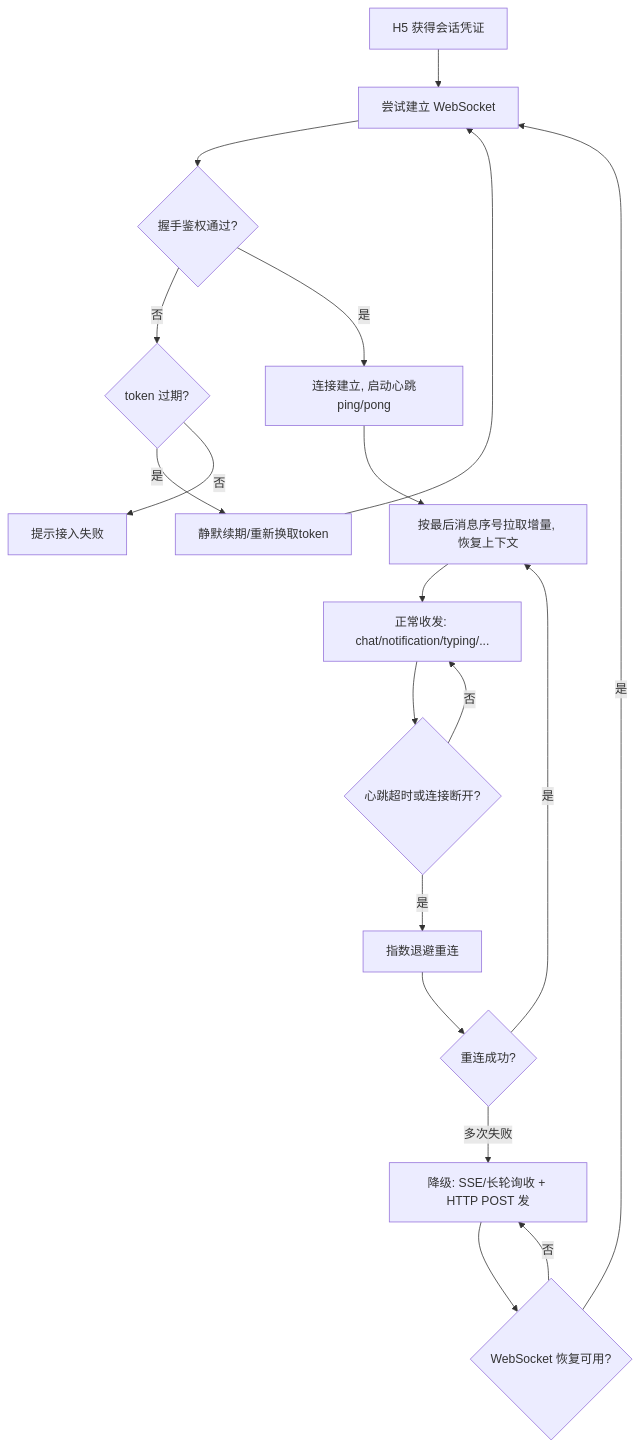
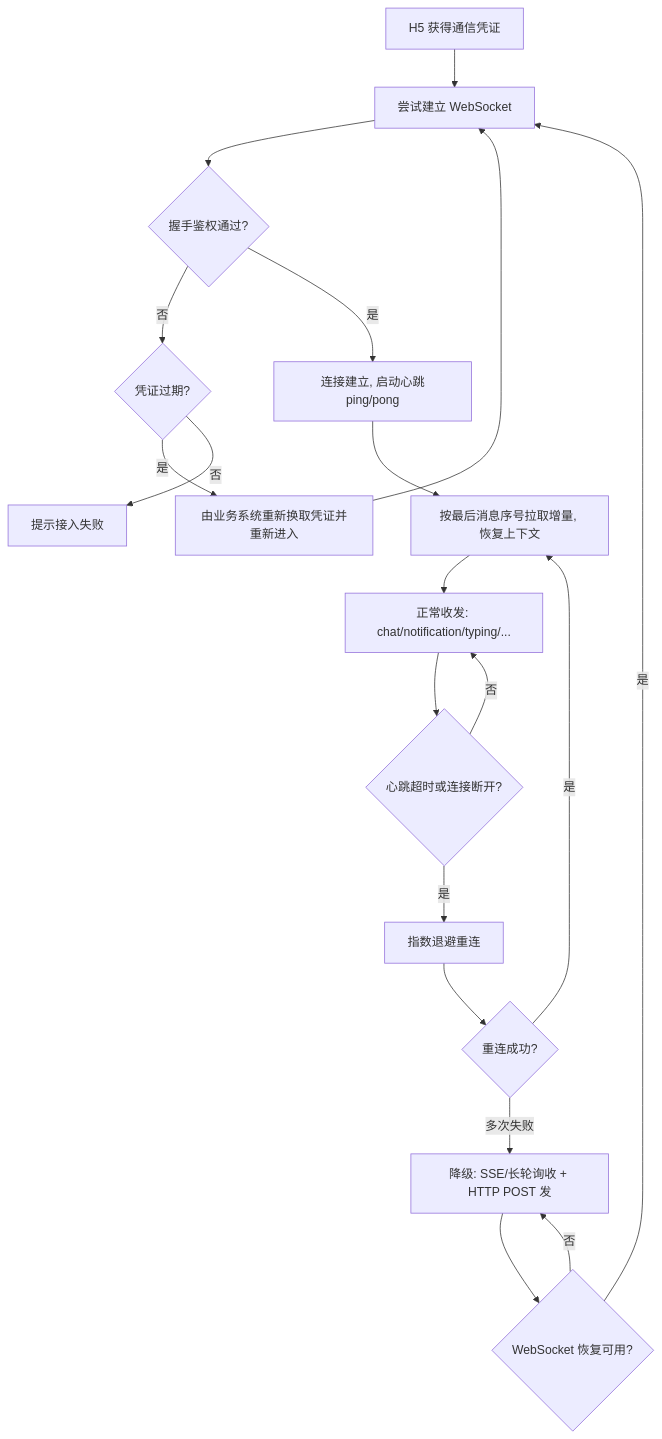
Before and after one commit to lxw13000/csm: the fourth of 4 diagrams in xuqiu.md, drawn with Mermaid. The commit also changed other lines of this file and 32 other files, not shown here.

````diff
--- a/xuqiu.md
+++ b/xuqiu.md
@@ -346,20 +335,20 @@
 ```mermaid
 flowchart TD
-    A[H5 获得会话凭证] --> B[尝试建立 WebSocket]
+    A[H5 获得通信凭证] --> B[尝试建立 WebSocket]
     B --> C{握手鉴权通过?}
-    C -- 否 --> D{token 过期?}
-    D -- 是 --> E[静默续期/重新换取token] --> B
+    C -- 否 --> D{凭证过期?}
+    D -- 是 --> E[由业务系统重新换取凭证并重新进入] --> B
     D -- 否 --> X[提示接入失败]
     C -- 是 --> F[连接建立, 启动心跳ping/pong]
     F --> G[按最后消息序号拉取增量, 恢复上下文]
     G --> H[正常收发: chat/notification/typing/...]
     H --> I{心跳超时或连接断开?}
     I -- 否 --> H
     I -- 是 --> J[指数退避重连]
     J --> K{重连成功?}
     K -- 是 --> G
     K -- 多次失败 --> L[降级: SSE/长轮询收 + HTTP POST 发]
     L --> M{WebSocket 恢复可用?}
     M -- 是 --> B
     M -- 否 --> L
 ```
````
